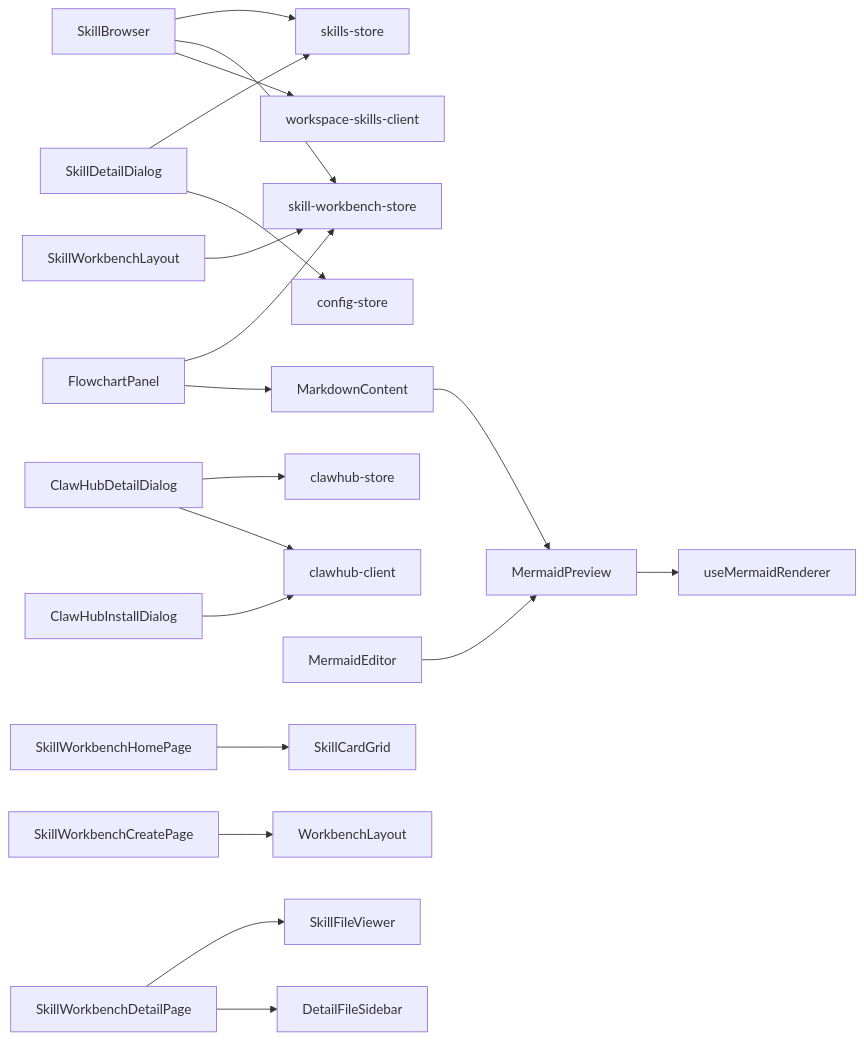
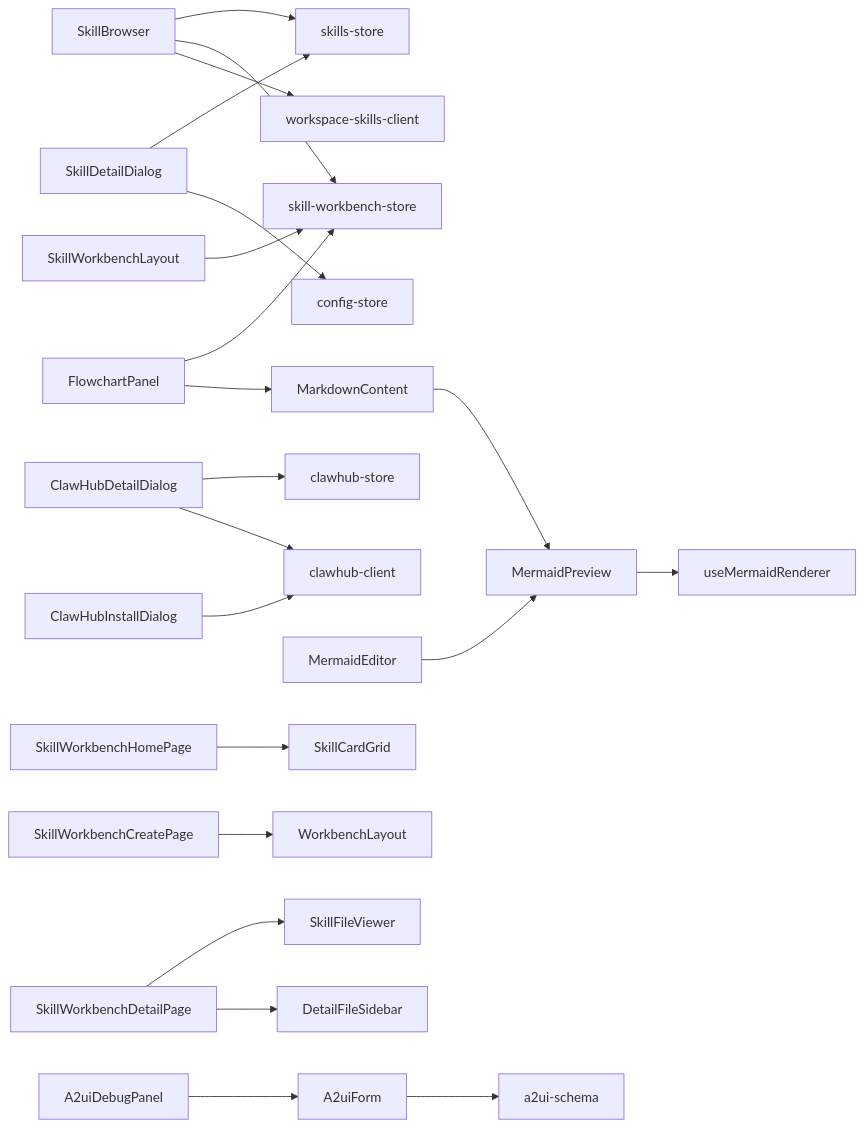
One commit to WW-AI-Lab/openclaw-office changed the tenth of 10 diagrams in .qoder/repowiki/zh/content/控制台管理界面/技能管理.md. Above: the diagram before and after it, drawn with Mermaid. The commit also changed other lines of this file and 11 other files, not shown here.

````diff
--- a/.qoder/repowiki/zh/content/控制台管理界面/技能管理.md
+++ b/.qoder/repowiki/zh/content/控制台管理界面/技能管理.md
@@ -563,21 +633,23 @@
 ```mermaid
 graph LR
 SB["SkillBrowser"] --> SS["skills-store"]
 SB --> WS["skill-workbench-store"]
 SB --> WSC["workspace-skills-client"]
 SD["SkillDetailDialog"] --> SS
 SD --> CFG["config-store"]
 CHD["ClawHubDetailDialog"] --> CS["clawhub-store"]
 CHD --> CHC["clawhub-client"]
 CHI["ClawHubInstallDialog"] --> CHC
 FP["FlowchartPanel"] --> WS
 FP --> MC["MarkdownContent"]
 MC --> MP["MermaidPreview"]
 ME["MermaidEditor"] --> MP
 MP --> UMR["useMermaidRenderer"]
 SWL["SkillWorkbenchLayout"] --> WS
 SWHP["SkillWorkbenchHomePage"] --> SCG["SkillCardGrid"]
 SWCP["SkillWorkbenchCreatePage"] --> WBL["WorkbenchLayout"]
 SWDP["SkillWorkbenchDetailPage"] --> SFV["SkillFileViewer"]
 SWDP --> DFS["DetailFileSidebar"]
+ADP["A2uiDebugPanel"] --> AF["A2uiForm"]
+AF --> AS["a2ui-schema"]
 ```
````
